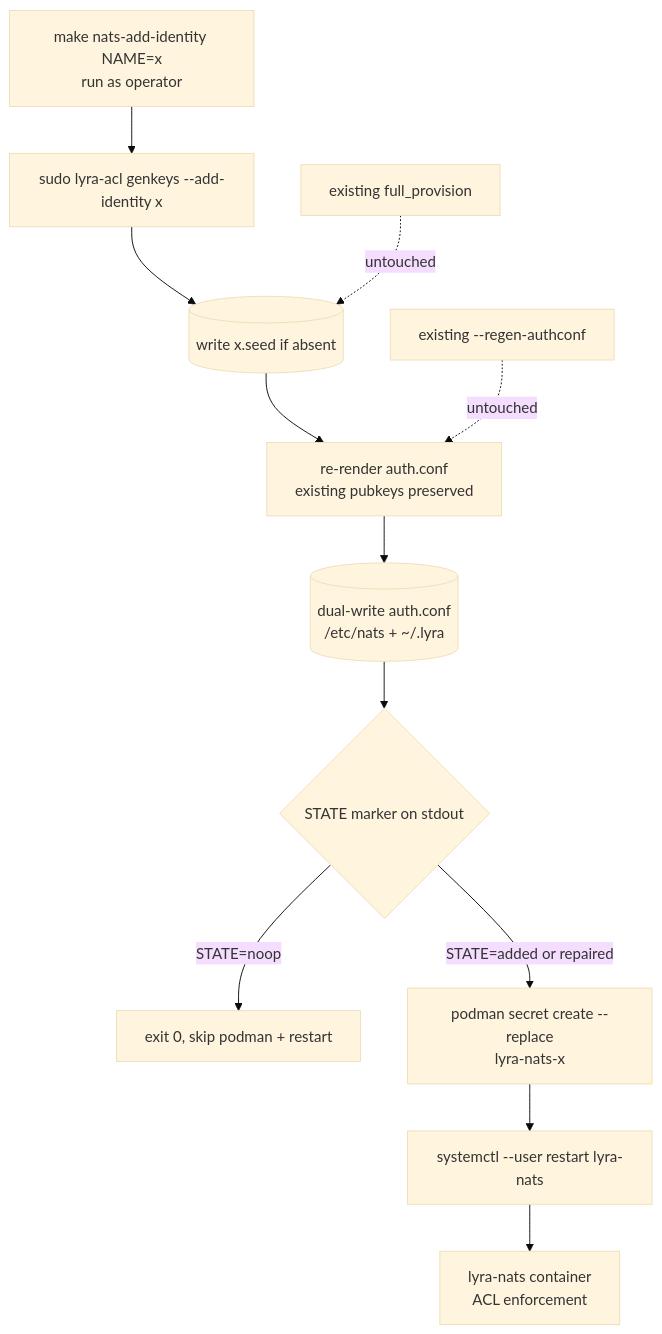
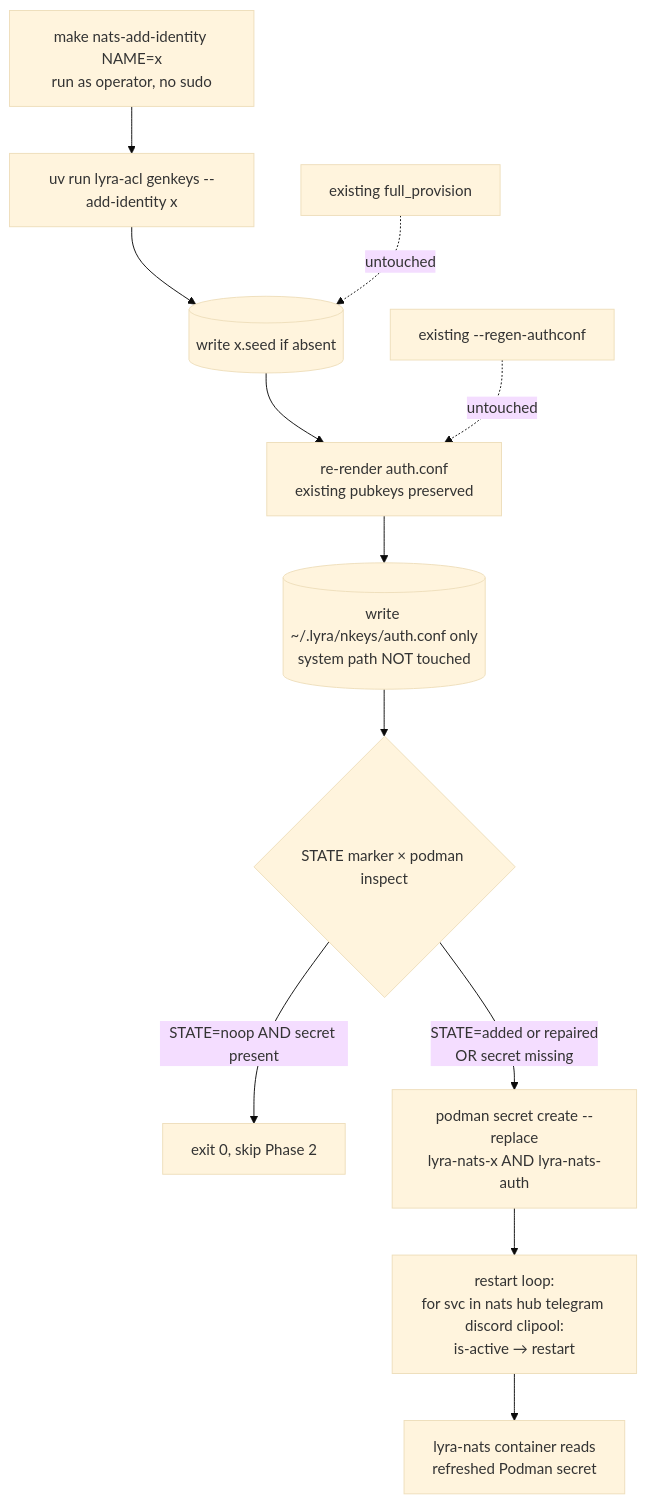
One commit to Roxabi/lyra changed the second of 2 diagrams in artifacts/specs/1361-prevent-key-rotation-cascade-spec.mdx. Above: the diagram before and after it, drawn with Mermaid (base theme). The commit also changed other lines of this file, not shown here.

````diff
--- a/artifacts/specs/1361-prevent-key-rotation-cascade-spec.mdx
+++ b/artifacts/specs/1361-prevent-key-rotation-cascade-spec.mdx
@@ -115,15 +132,15 @@
 ```mermaid
 flowchart TB
-    M[make nats-add-identity NAME=x<br/>run as operator] --> A1[sudo lyra-acl genkeys --add-identity x]
+    M[make nats-add-identity NAME=x<br/>run as operator, no sudo] --> A1[uv run lyra-acl genkeys --add-identity x]
     A1 --> S[(write x.seed if absent)]
     S --> R[re-render auth.conf<br/>existing pubkeys preserved]
-    R --> AC[(dual-write auth.conf<br/>/etc/nats + ~/.lyra)]
-    AC --> CHK{STATE marker on stdout}
-    CHK -->|STATE=noop| END[exit 0, skip podman + restart]
-    CHK -->|STATE=added or repaired| P[podman secret create --replace<br/>lyra-nats-x]
-    P --> RS[systemctl --user restart lyra-nats]
-    RS --> NATS[lyra-nats container<br/>ACL enforcement]
+    R --> AC[(write ~/.lyra/nkeys/auth.conf only<br/>system path NOT touched)]
+    AC --> ST{STATE marker × podman inspect}
+    ST -->|STATE=noop AND secret present| END[exit 0, skip Phase 2]
+    ST -->|STATE=added or repaired<br/>OR secret missing| P[podman secret create --replace<br/>lyra-nats-x AND lyra-nats-auth]
+    P --> RL[restart loop:<br/>for svc in nats hub telegram discord clipool:<br/>is-active → restart]
+    RL --> NATS[lyra-nats container reads<br/>refreshed Podman secret]
 
     FP[existing full_provision] -.->|untouched| S
     RA[existing --regen-authconf] -.->|untouched| R
 ```
````
